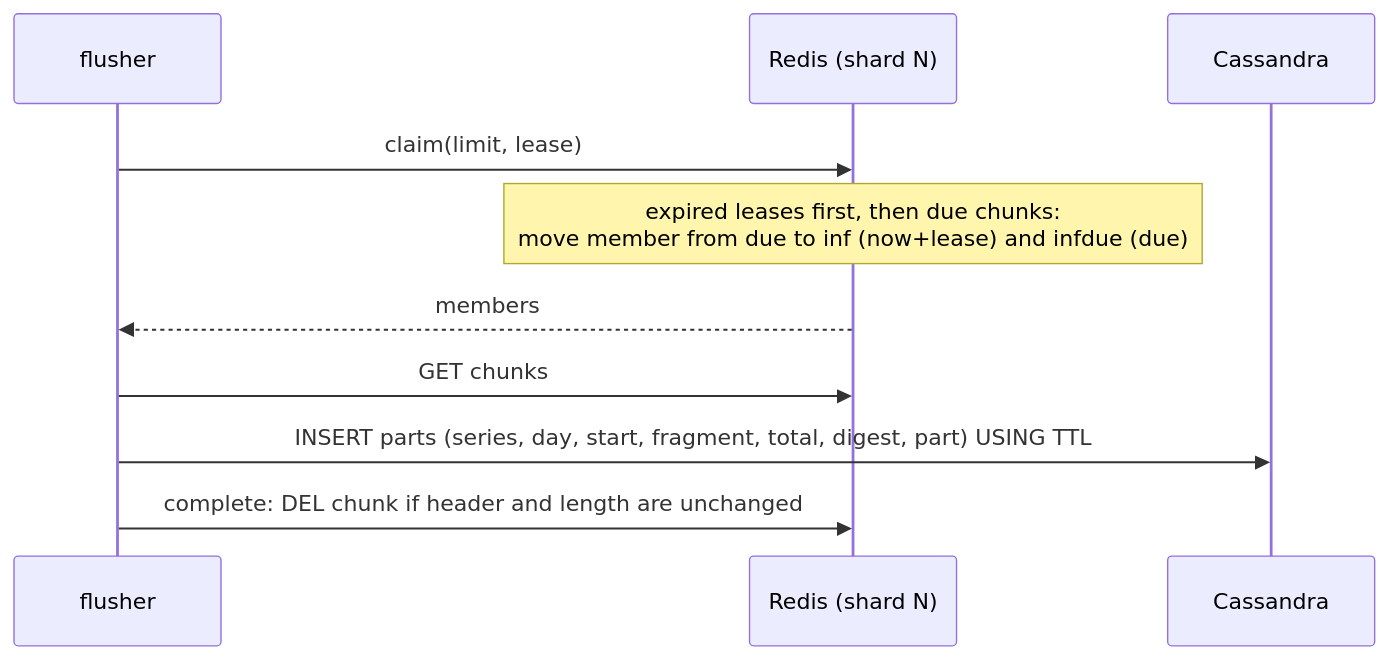
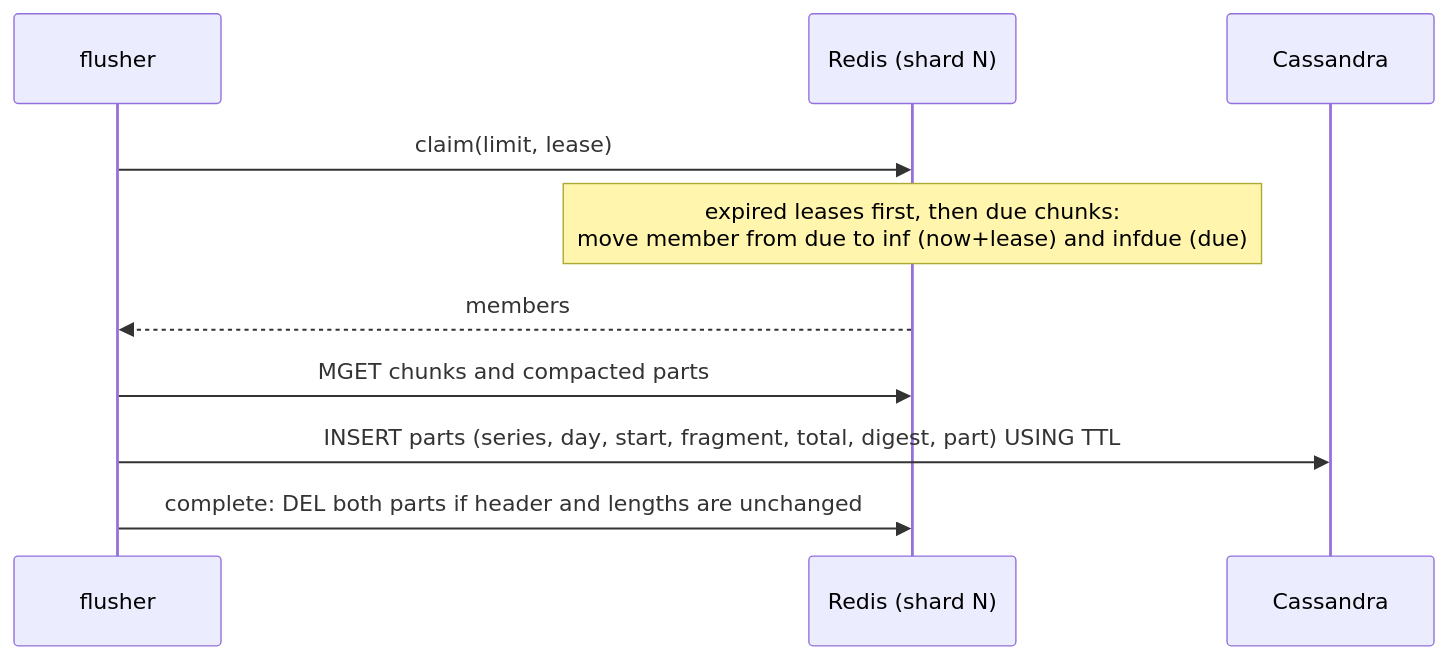
The diagram in docs/architecture.md (yuuki/xtsdb), drawn with Mermaid before and after one commit. The commit also changed other lines of this file and 22 other files, not shown here.

````diff
--- a/docs/architecture.md
+++ b/docs/architecture.md
@@ -150,12 +230,12 @@
 ```mermaid
 sequenceDiagram
     participant F as flusher
     participant R as Redis (shard N)
     participant C as Cassandra
     F->>R: claim(limit, lease)
     Note over R: expired leases first, then due chunks:<br/>move member from due to inf (now+lease) and infdue (due)
     R-->>F: members
-    F->>R: GET chunks
+    F->>R: MGET chunks and compacted parts
     F->>C: INSERT parts (series, day, start, fragment, total, digest, part) USING TTL
-    F->>R: complete: DEL chunk if header and length are unchanged
+    F->>R: complete: DEL both parts if header and lengths are unchanged
 ```
````
